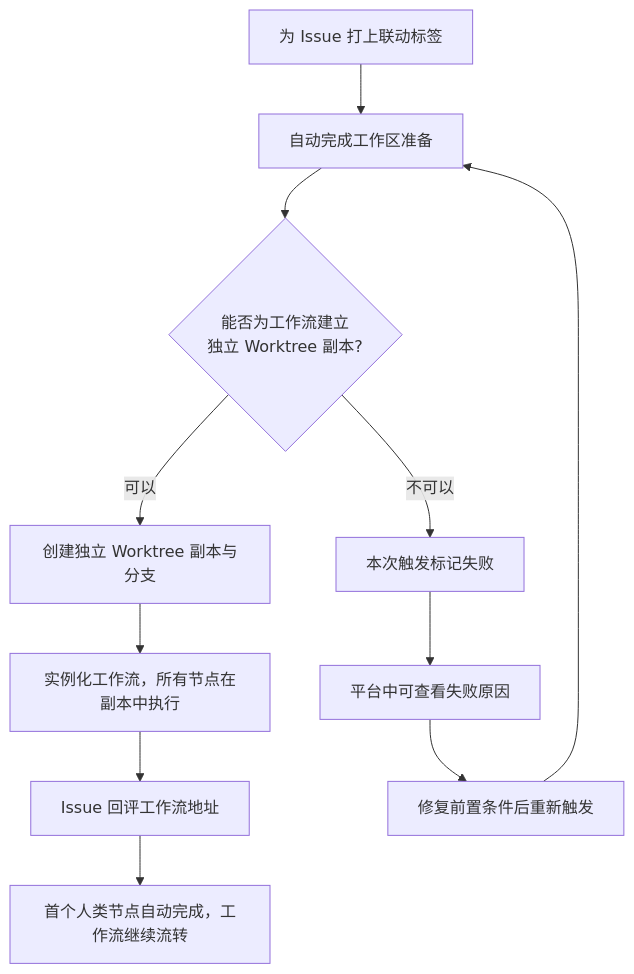
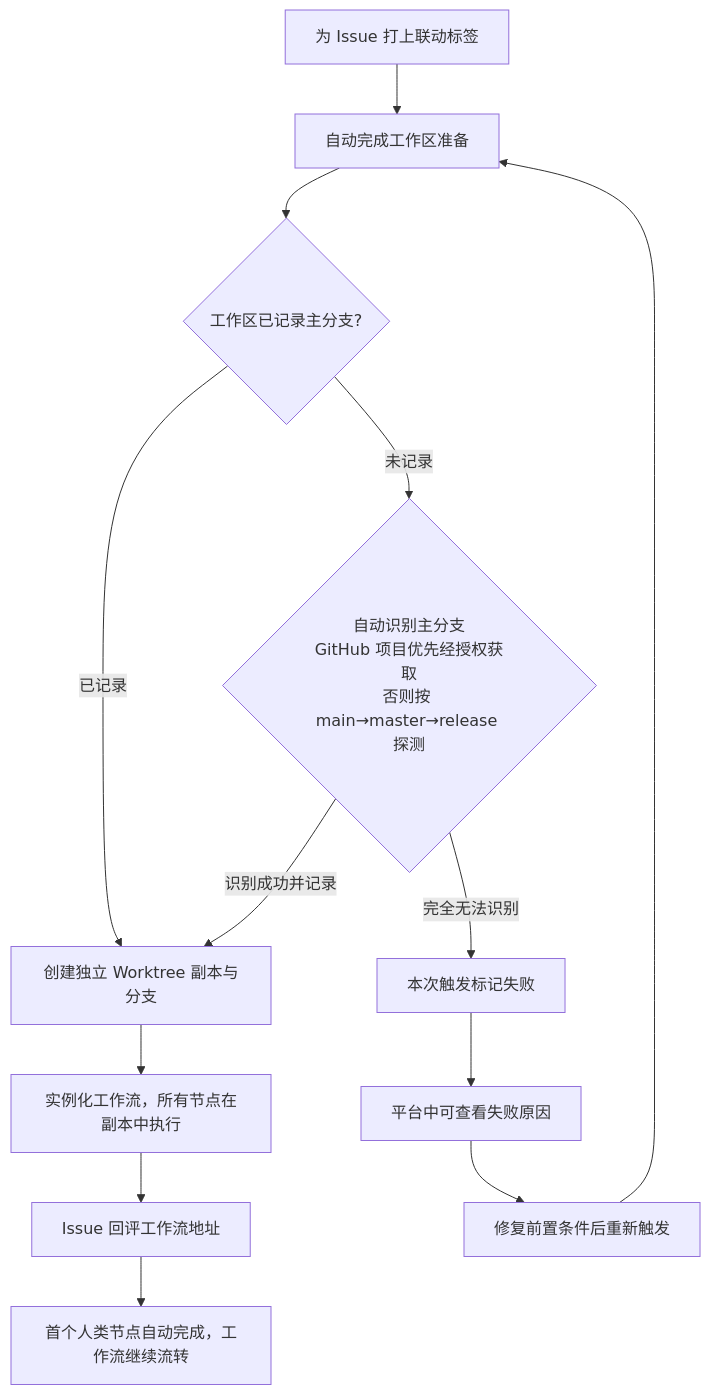
One commit to Deliay/z-agent-gear changed the diagram in docs/product/draft/20261026-issues-workflow-force-worktree.md. Above: the diagram before and after it, drawn with Mermaid. The commit also changed other lines of this file and 3 other files, not shown here.

````diff
--- a/docs/product/draft/20261026-issues-workflow-force-worktree.md
+++ b/docs/product/draft/20261026-issues-workflow-force-worktree.md
@@ -93,13 +110,15 @@
 ```mermaid
 flowchart TD
     A[为 Issue 打上联动标签] --> B[自动完成工作区准备]
-    B --> C{能否为工作流建立<br/>独立 Worktree 副本?}
-    C -->|可以| D[创建独立 Worktree 副本与分支]
-    D --> E[实例化工作流，所有节点在副本中执行]
-    E --> F[Issue 回评工作流地址]
-    F --> G[首个人类节点自动完成，工作流继续流转]
-    C -->|不可以| H[本次触发标记失败]
-    H --> I[平台中可查看失败原因]
-    I --> J[修复前置条件后重新触发]
-    J --> B
+    B --> C{工作区已记录主分支?}
+    C -->|已记录| E[创建独立 Worktree 副本与分支]
+    C -->|未记录| D{自动识别主分支<br/>GitHub 项目优先经授权获取<br/>否则按 main→master→release 探测}
+    D -->|识别成功并记录| E
+    D -->|完全无法识别| H[本次触发标记失败]
+    E --> F[实例化工作流，所有节点在副本中执行]
+    F --> G[Issue 回评工作流地址]
+    G --> I[首个人类节点自动完成，工作流继续流转]
+    H --> J[平台中可查看失败原因]
+    J --> K[修复前置条件后重新触发]
+    K --> B
 ```
````
